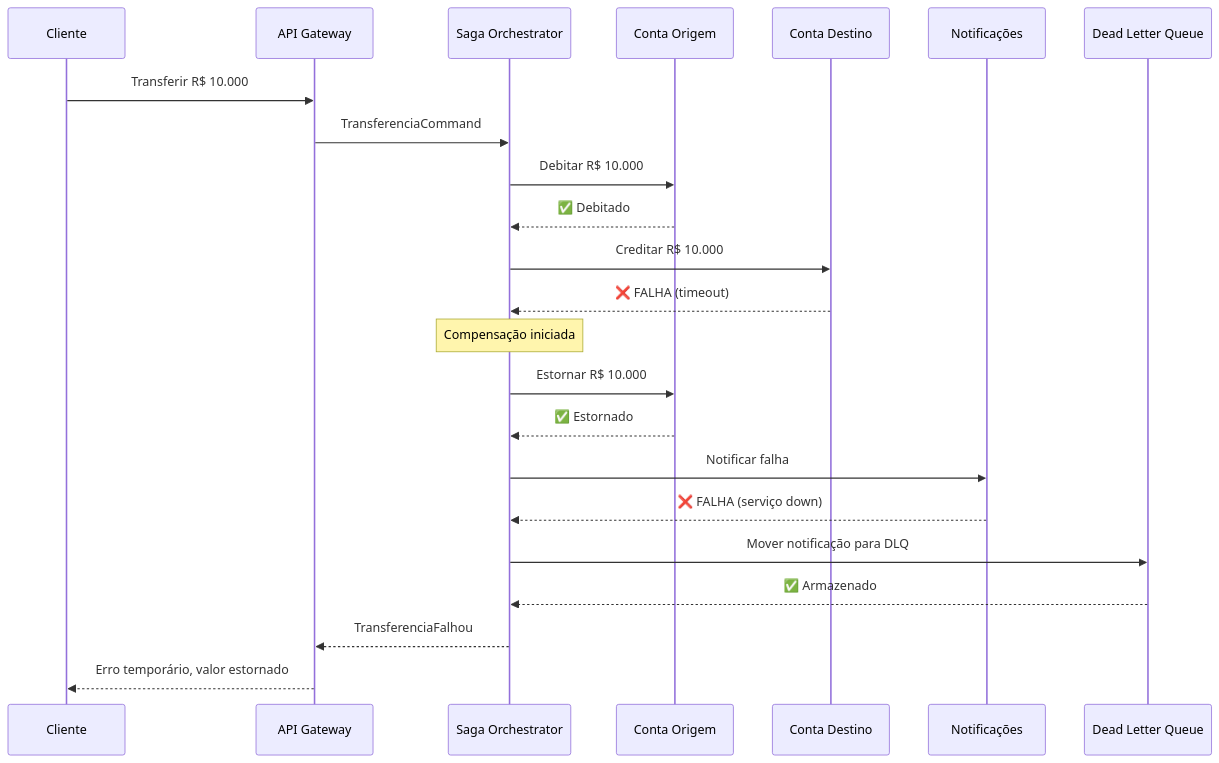
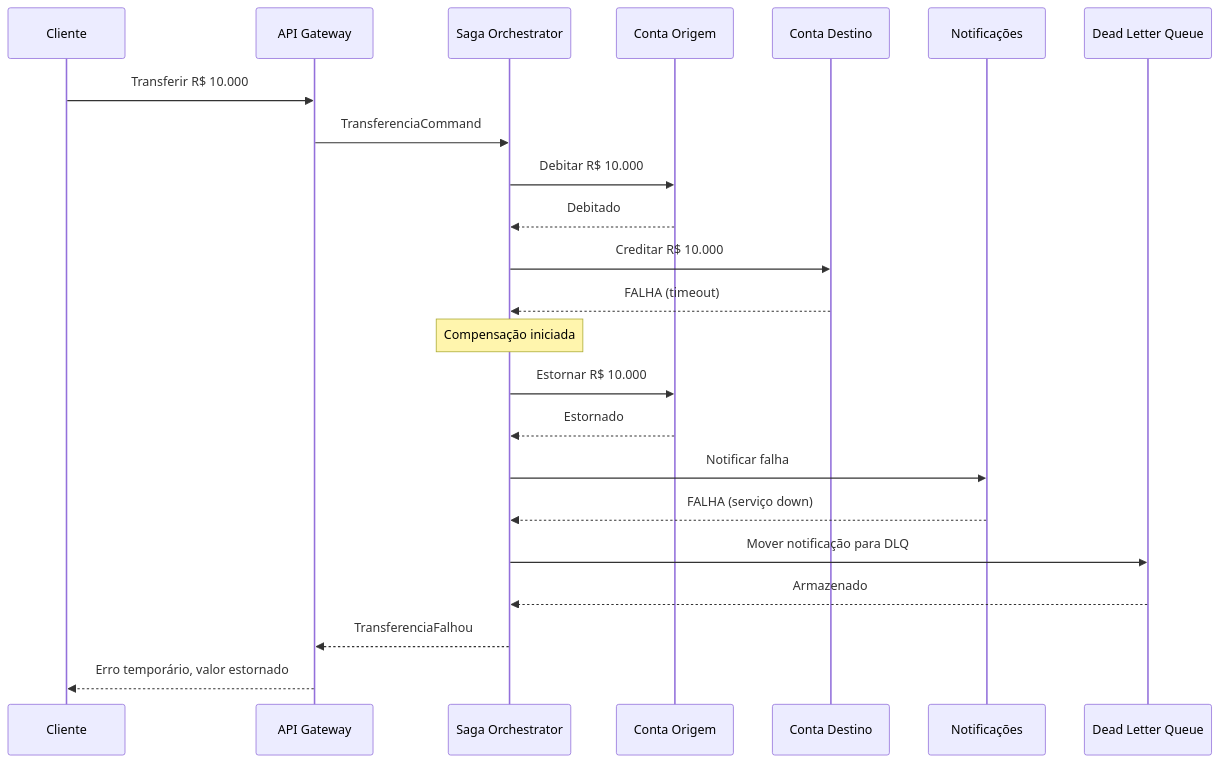
The third of 3 diagrams in src/content/blog/consistencia-observabilidade-sistemas-distribuidos.md (rafaelsdiasdev/rafaelsdias.dev), drawn with Mermaid before and after one commit. The commit also changed other lines of this file and 5 other files, not shown here.

````diff
--- a/src/content/blog/consistencia-observabilidade-sistemas-distribuidos.md
+++ b/src/content/blog/consistencia-observabilidade-sistemas-distribuidos.md
@@ -747,33 +747,33 @@
 ```mermaid
 sequenceDiagram
     participant Cliente as Cliente
     participant API as API Gateway
     participant SAGA as Saga Orchestrator  
     participant ORIGEM as Conta Origem
     participant DESTINO as Conta Destino
     participant NOTIF as Notificações
     participant DLQ as Dead Letter Queue
     
     Cliente->>API: Transferir R$ 10.000
     API->>SAGA: TransferenciaCommand
     
     SAGA->>ORIGEM: Debitar R$ 10.000
-    ORIGEM-->>SAGA: ✅ Debitado
+    ORIGEM-->>SAGA: Debitado
     
     SAGA->>DESTINO: Creditar R$ 10.000  
-    DESTINO-->>SAGA: ❌ FALHA (timeout)
+    DESTINO-->>SAGA: FALHA (timeout)
     
     Note over SAGA: Compensação iniciada
     
     SAGA->>ORIGEM: Estornar R$ 10.000
-    ORIGEM-->>SAGA: ✅ Estornado
+    ORIGEM-->>SAGA: Estornado
     
     SAGA->>NOTIF: Notificar falha
-    NOTIF-->>SAGA: ❌ FALHA (serviço down)
+    NOTIF-->>SAGA: FALHA (serviço down)
     
     SAGA->>DLQ: Mover notificação para DLQ
-    DLQ-->>SAGA: ✅ Armazenado
+    DLQ-->>SAGA: Armazenado
     
     SAGA-->>API: TransferenciaFalhou
     API-->>Cliente: Erro temporário, valor estornado
 ```
````
